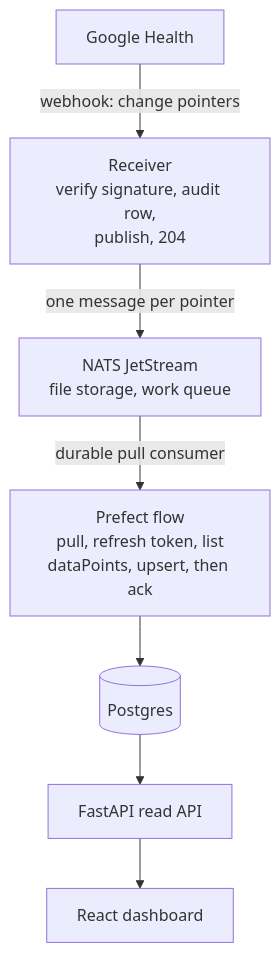
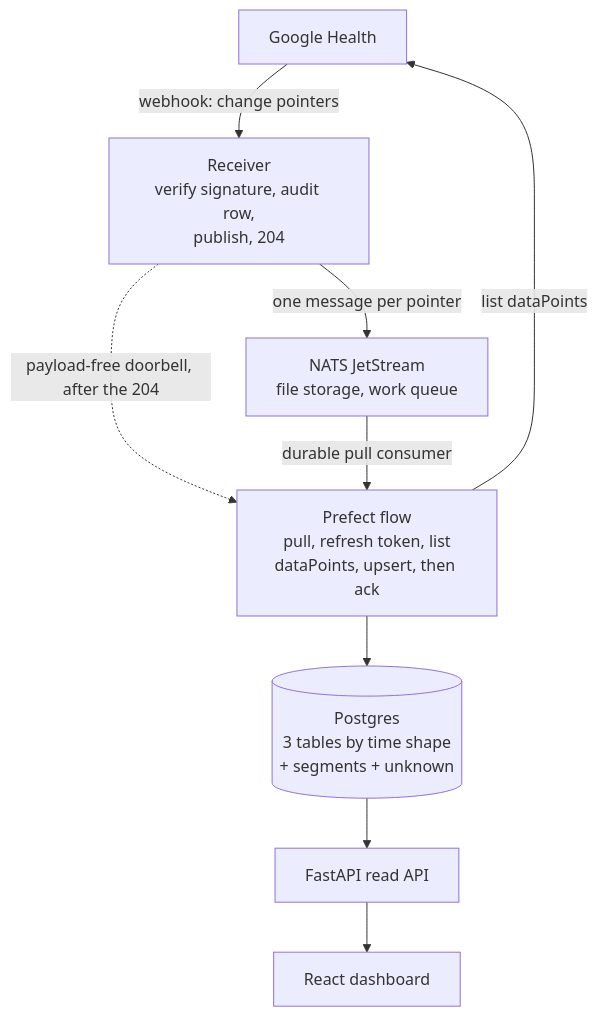
Before and after one commit to ImTheCurse/health-cloud: the diagram in docs/CONTEXT.md, drawn with Mermaid. The commit also changed other lines of this file and 57 other files, not shown here.

````diff
--- a/docs/CONTEXT.md
+++ b/docs/CONTEXT.md
@@ -17,17 +17,19 @@
 ```mermaid
 flowchart TD
     G["Google Health"]
     R["Receiver<br/>verify signature, audit row,<br/>publish, 204"]
     N["NATS JetStream<br/>file storage, work queue"]
     F["Prefect flow<br/>pull, refresh token, list<br/>dataPoints, upsert, then ack"]
-    DB[("Postgres")]
+    DB[("Postgres<br/>3 tables by time shape<br/>+ segments + unknown")]
     API["FastAPI read API"]
     UI["React dashboard"]
 
     G -- webhook: change pointers --> R
     R -- one message per pointer --> N
+    R -. payload-free doorbell, after the 204 .-> F
     N -- durable pull consumer --> F
+    F -- "list dataPoints" --> G
     F --> DB
     DB --> API
     API --> UI
 ```
````
